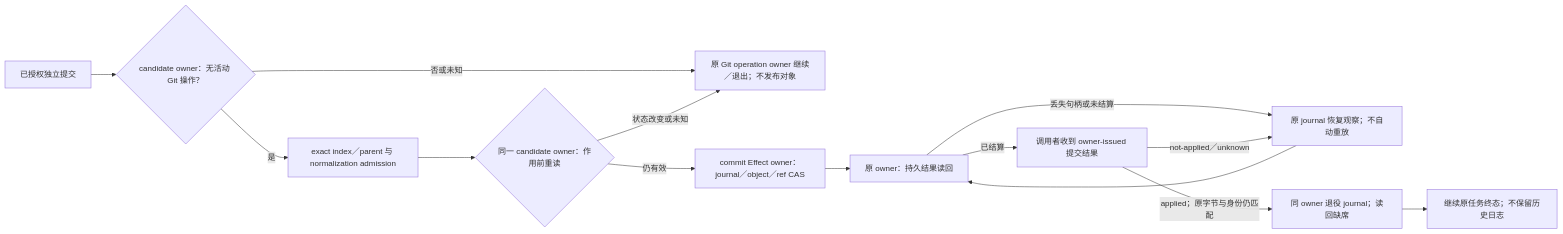
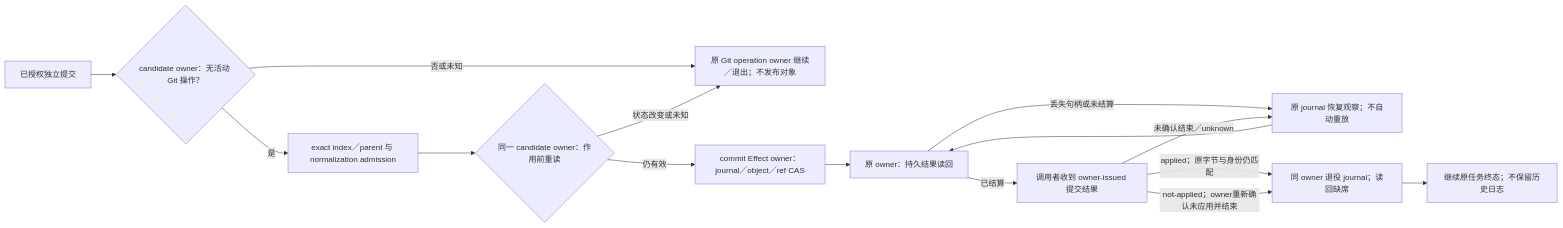
Before and after one commit to sec-platform/sec: the second of 4 diagrams in docs/开发/AI协作/规则装载与任务恢复.md, drawn with Mermaid. The commit also changed other lines of this file and 19 other files, not shown here.

Commit message:
fix: close terminal recovery and journal lifecycle gaps

````diff
--- a/docs/开发/AI协作/规则装载与任务恢复.md
+++ b/docs/开发/AI协作/规则装载与任务恢复.md
@@ -139,16 +139,17 @@
 ```mermaid
 flowchart LR
   Request["已授权独立提交"] --> Preflight{"candidate owner：无活动 Git 操作？"}
   Preflight -->|否或未知| Original["原 Git operation owner 继续／退出；不发布对象"]
   Preflight -->|是| Frozen["exact index／parent 与 normalization admission"]
   Frozen --> Fence{"同一 candidate owner：作用前重读"}
   Fence -->|状态改变或未知| Original
   Fence -->|仍有效| Effect["commit Effect owner：journal／object／ref CAS"]
   Effect --> Readback["原 owner：持久结果读回"]
   Readback -->|丢失句柄或未结算| Recovery["原 journal 恢复观察；不自动重放"]
   Recovery --> Readback
   Readback -->|已结算| Terminal["调用者收到 owner-issued 提交结果"]
   Terminal -->|applied；原字节与身份仍匹配| Retire["同 owner 退役 journal；读回缺席"]
-  Terminal -->|not-applied／unknown| Recovery
+  Terminal -->|not-applied；owner重新确认未应用并结束| Retire
+  Terminal -->|未确认结束／unknown| Recovery
   Retire --> Continue["继续原任务终态；不保留历史日志"]
 ```
````
